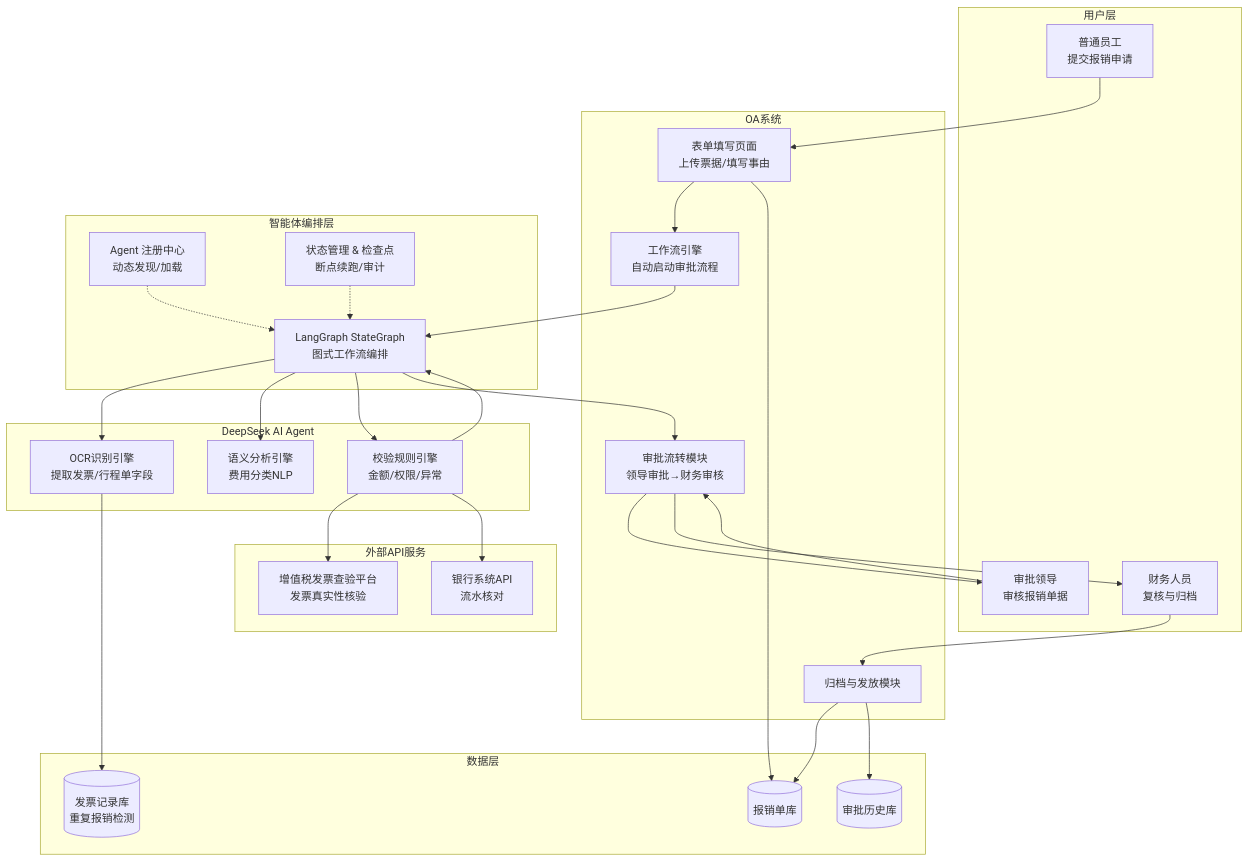
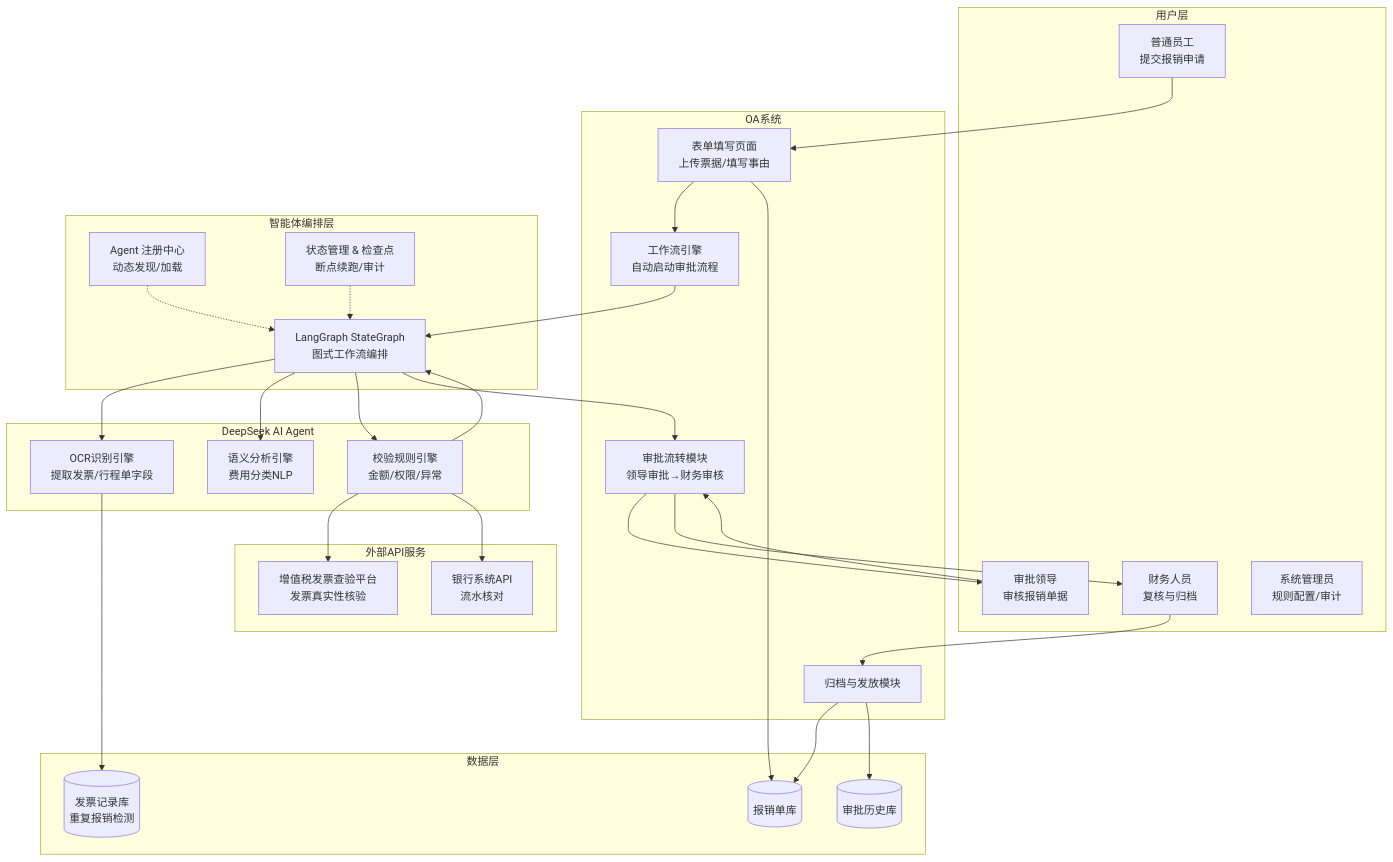
The first of 5 diagrams in docs/design.md (nickluo2026/OA-Reimbursement-AIAgent), drawn with Mermaid before and after one commit. The commit also changed other lines of this file and 3 other files, not shown here.

````diff
--- a/docs/design.md
+++ b/docs/design.md
@@ -15,59 +16,60 @@
 ```mermaid
 graph TB
     subgraph 用户层
         A1[普通员工<br/>提交报销申请]
         A2[审批领导<br/>审核报销单据]
         A3[财务人员<br/>复核与归档]
+        A4[系统管理员<br/>规则配置/审计]
     end
 
     subgraph OA系统
         B1[表单填写页面<br/>上传票据/填写事由]
         B2[工作流引擎<br/>自动启动审批流程]
         B3[审批流转模块<br/>领导审批→财务审核]
         B4[归档与发放模块]
     end
 
     subgraph 智能体编排层
         O1[LangGraph StateGraph<br/>图式工作流编排]
         O2[Agent 注册中心<br/>动态发现/加载]
         O3[状态管理 & 检查点<br/>断点续跑/审计]
     end
 
     subgraph DeepSeek AI Agent
         C1[OCR识别引擎<br/>提取发票/行程单字段]
         C2[语义分析引擎<br/>费用分类NLP]
         C3[校验规则引擎<br/>金额/权限/异常]
     end
 
     subgraph 外部API服务
         D1[增值税发票查验平台<br/>发票真实性核验]
         D2[银行系统API<br/>流水核对]
     end
 
     subgraph 数据层
         E1[(报销单库)]
         E2[(发票记录库<br/>重复报销检测)]
         E3[(审批历史库)]
     end
 
     A1 --> B1
     B1 --> B2
     B2 --> O1
     O1 --> C1
     O1 --> C2
     O1 --> C3
     O2 -.-> O1
     O3 -.-> O1
     C3 --> D1
     C3 --> D2
     C3 --> O1
     O1 --> B3
     B3 --> A2
     A2 --> B3
     B3 --> A3
     A3 --> B4
     B4 --> E1
     B4 --> E3
     C1 --> E2
     B1 --> E1
 ```
````
